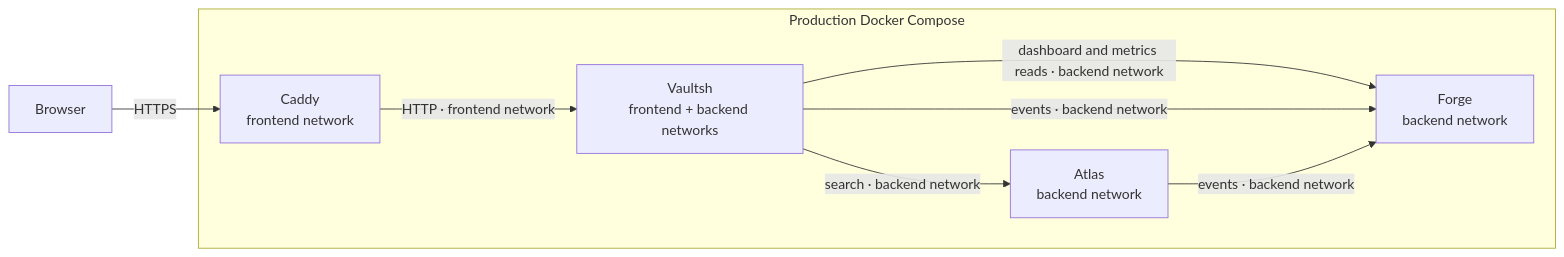
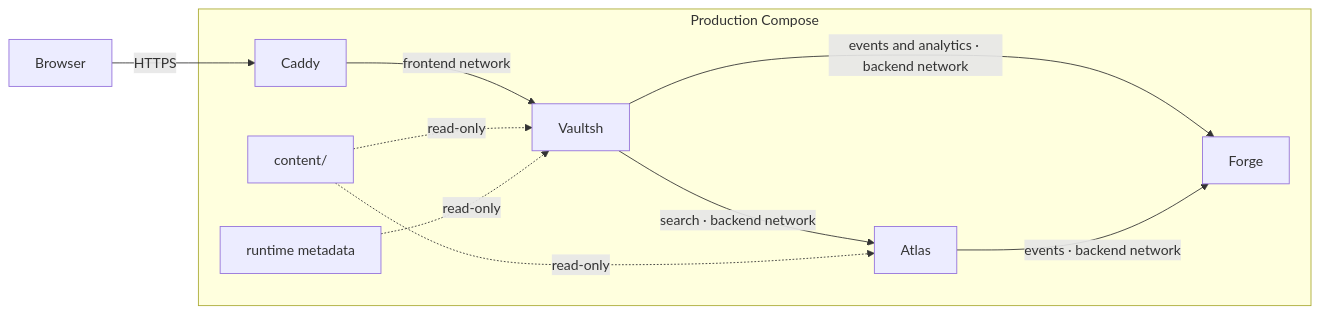
One commit to mateoRc/lab changed the diagram in content/docs/architecture/overview.md. Above: the diagram before and after it, drawn with Mermaid. The commit also changed other lines of this file and 11 other files, not shown here.

````diff
--- a/content/docs/architecture/overview.md
+++ b/content/docs/architecture/overview.md
@@ -8,19 +8,14 @@
 ```mermaid
 flowchart LR
-    browser["Browser"]
+    browser["Browser"] -->|"HTTPS"| caddy["Caddy"]
 
-    subgraph production["Production Docker Compose"]
-        caddy["Caddy<br/>frontend network"]
-        vaultsh["Vaultsh<br/>frontend + backend networks"]
-        atlas["Atlas<br/>backend network"]
-        forge["Forge<br/>backend network"]
-
-        caddy -->|"HTTP · frontend network"| vaultsh
-        vaultsh -->|"search · backend network"| atlas
-        vaultsh -->|"dashboard and metrics reads · backend network"| forge
-        vaultsh -->|"events · backend network"| forge
+    subgraph compose["Production Compose"]
+        caddy -->|"frontend network"| vaultsh["Vaultsh"]
+        vaultsh -->|"search · backend network"| atlas["Atlas"]
+        vaultsh -->|"events and analytics · backend network"| forge["Forge"]
         atlas -->|"events · backend network"| forge
+        content["content/"] -.->|"read-only"| vaultsh
+        content -.->|"read-only"| atlas
+        metadata["runtime metadata"] -.->|"read-only"| vaultsh
     end
-
-    browser -->|"HTTPS"| caddy
 ```
````
